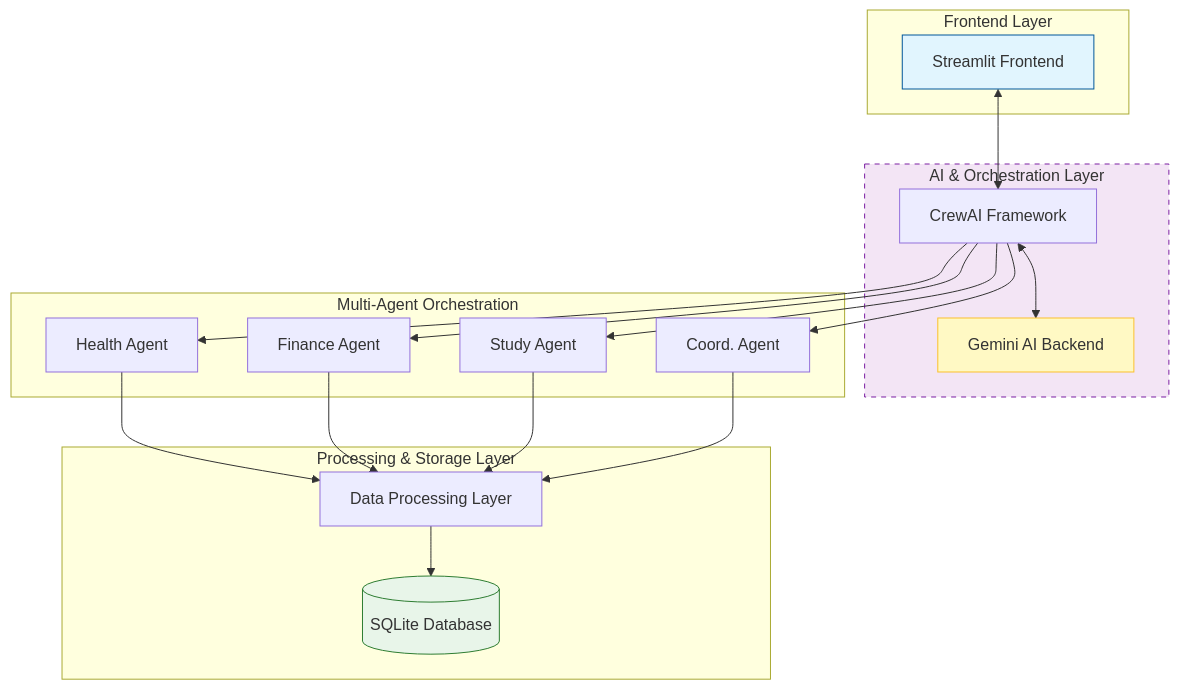
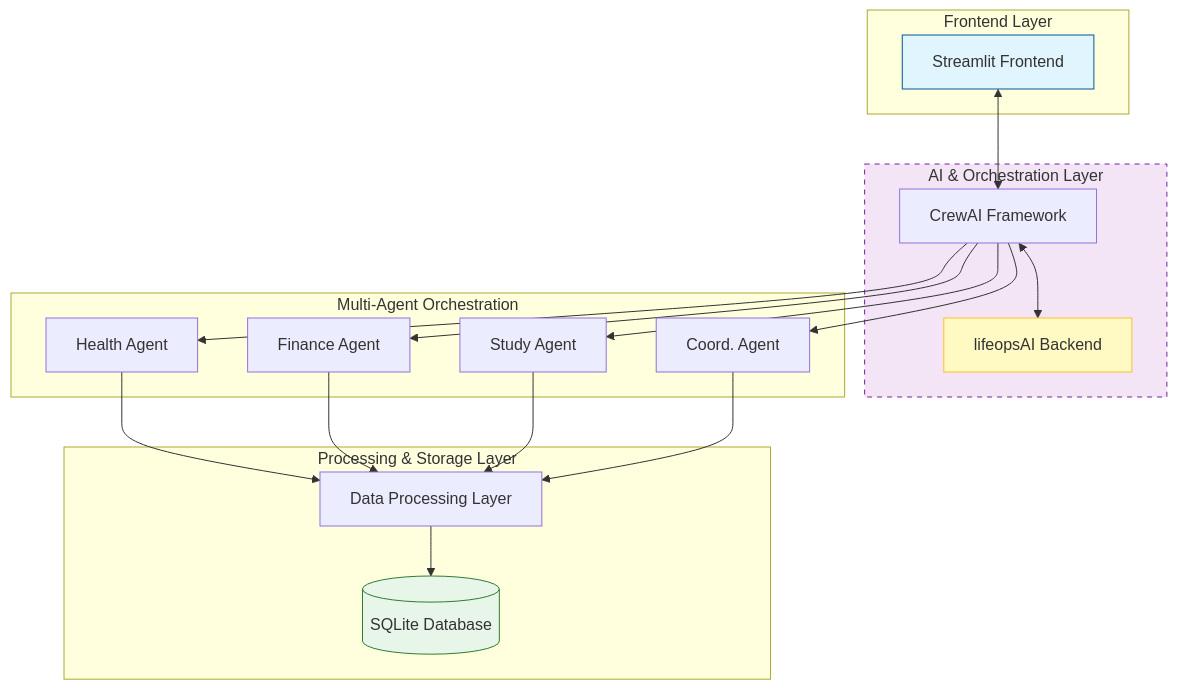
Before and after one commit to thenishantraj/lifeops-ai-v2: the diagram in README.md, drawn with Mermaid.

````diff
--- a/README.md
+++ b/README.md
@@ -104,31 +104,31 @@
 ```mermaid
 graph TD
     subgraph UI [Frontend Layer]
         A[Streamlit Frontend]
     end
 
     subgraph Logic [AI & Orchestration Layer]
         B[CrewAI Framework]
-        C[Gemini AI Backend]
+        C[lifeopsAI Backend]
         A <--> B
         B <--> C
     end
 
     subgraph Agents [Multi-Agent Orchestration]
         B --> H[Health Agent]
         B --> F[Finance Agent]
         B --> S[Study Agent]
         B --> CO[Coord. Agent]
     end
 
     subgraph Data [Processing & Storage Layer]
         H & F & S & CO --> D[Data Processing Layer]
         D --> DB[(SQLite Database)]
     end
 
     %% Styling
     style A fill:#e1f5fe,stroke:#01579b
     style C fill:#fff9c4,stroke:#fbc02d
     style DB fill:#e8f5e9,stroke:#2e7d32
     style Logic fill:#f3e5f5,stroke:#7b1fa2,stroke-dasharray: 5 5
 ```
````
